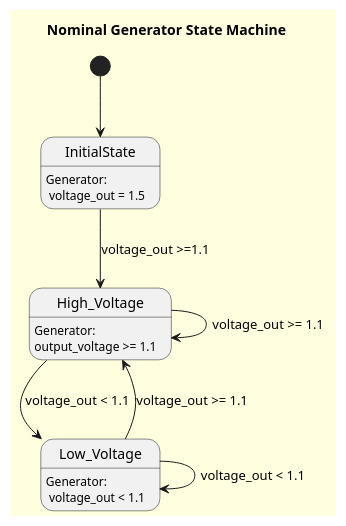
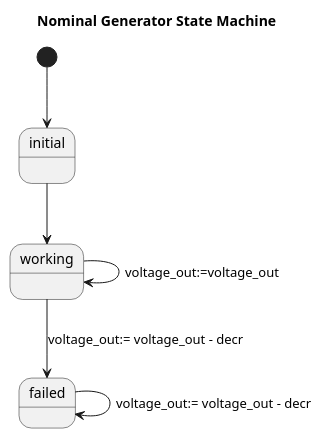
The diagram in battery-sensor-v2/state-machines/nominal-generator.puml (kallah94/SMV), drawn with PlantUML before and after one commit. The commit also changed 24 other files, not shown here.

```diff
--- a/battery-sensor-v2/state-machines/nominal-generator.puml
+++ b/battery-sensor-v2/state-machines/nominal-generator.puml
@@ -1,14 +1,12 @@
 @startuml Nominal Generator State Machine
-    skinparam BackgroundColor LightYellow
     title Nominal Generator State Machine
-    [*] --> InitialState
-    InitialState --> High_Voltage: voltage_out >=1.1
-    High_Voltage --> Low_Voltage: voltage_out < 1.1
-    High_Voltage --> High_Voltage: voltage_out >= 1.1
-    Low_Voltage --> High_Voltage: voltage_out >= 1.1
-    Low_Voltage --> Low_Voltage: voltage_out < 1.1
-
-    InitialState: Generator:\n voltage_out = 1.5
-    High_Voltage: Generator:\noutput_voltage >= 1.1
-    Low_Voltage: Generator:\n voltage_out < 1.1
+    [*] --> initial
+    initial --> working
+    working --> working :voltage_out:=voltage_out
+   
+    working --> failed : voltage_out:= voltage_out - decr
+    failed --> failed : voltage_out:= voltage_out - decr
+    initial:
+    working:
+    
 @endstartuml
```
